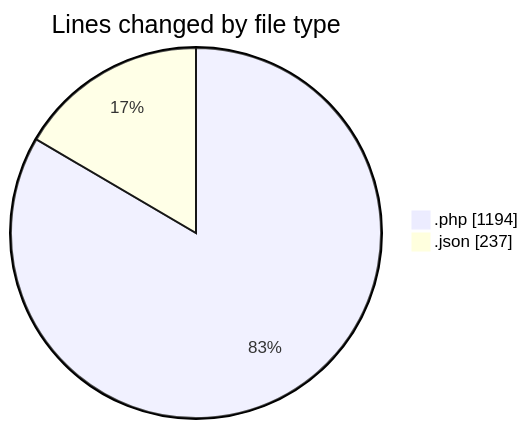
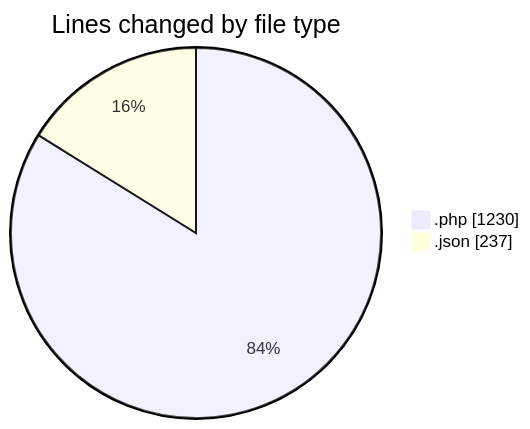
The first of 2 diagrams in 2025-05-28/studio-backend/README.md (idhammustaqopulfikri/code-tracking), drawn with Mermaid before and after one commit. The commit also changed other lines of this file and 1 other file, not shown here.

````diff
--- a/2025-05-28/studio-backend/README.md
+++ b/2025-05-28/studio-backend/README.md
@@ -38,6 +39,6 @@
 ```mermaid
 pie showData
 title Lines changed by file type
-".php" : 1194
+".php" : 1230
 ".json" : 237
 ```
````
